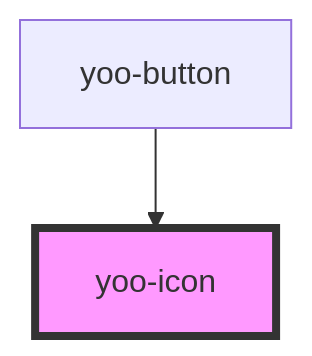
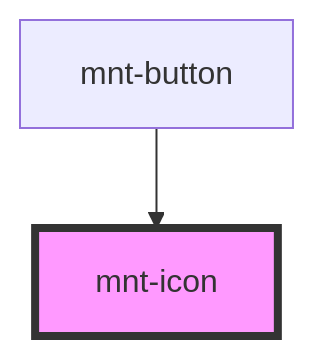
Before and after one commit to yooga-tecnologia/mantra: the diagram in src/components/icon/readme.md, drawn with Mermaid. The commit also changed other lines of this file and 11 other files, not shown here.

````diff
--- a/src/components/icon/readme.md
+++ b/src/components/icon/readme.md
@@ -26,5 +26,5 @@
 ```mermaid
 graph TD;
-  yoo-button --> yoo-icon
-  style yoo-icon fill:#f9f,stroke:#333,stroke-width:4px
+  mnt-button --> mnt-icon
+  style mnt-icon fill:#f9f,stroke:#333,stroke-width:4px
 ```
````
